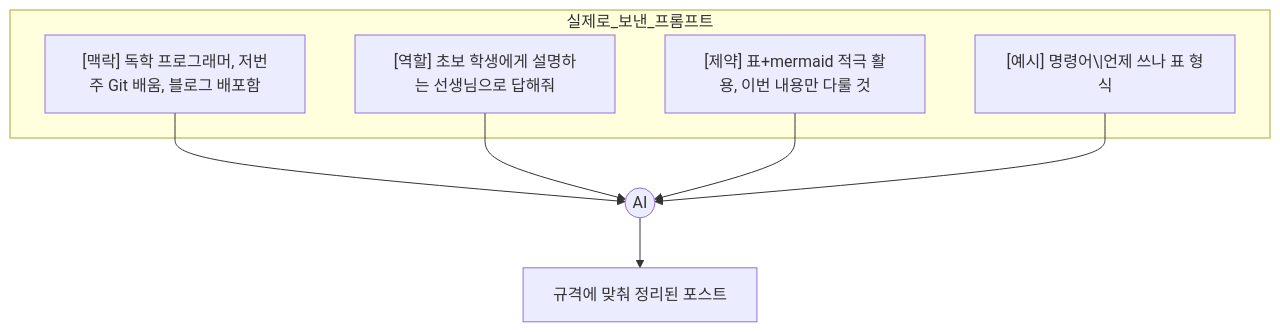
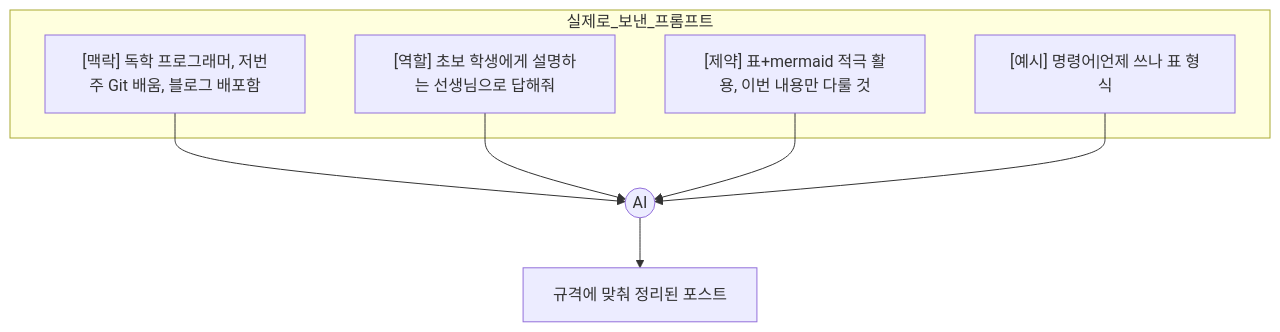
The third of 4 diagrams in _posts/2026-08-31-prompt-engineering.md (FG-Kaki/my-blog), drawn with Mermaid before and after one commit. The commit also changed 3 other files, not shown here.

````diff
--- a/_posts/2026-08-31-prompt-engineering.md
+++ b/_posts/2026-08-31-prompt-engineering.md
@@ -72,14 +72,14 @@
 ```mermaid
 flowchart TD
     subgraph 실제로_보낸_프롬프트
         M1["[맥락] 독학 프로그래머, 저번주 Git 배움, 블로그 배포함"]
         M2["[역할] 초보 학생에게 설명하는 선생님으로 답해줘"]
         M3["[제약] 표+mermaid 적극 활용, 이번 내용만 다룰 것"]
-        M4["[예시] 명령어\|언제 쓰나 표 형식"]
+        M4["[예시] 명령어|언제 쓰나 표 형식"]
     end
     M1 --> AI2((AI))
     M2 --> AI2
     M3 --> AI2
     M4 --> AI2
     AI2 --> R2[규격에 맞춰 정리된 포스트]
 ```
````
